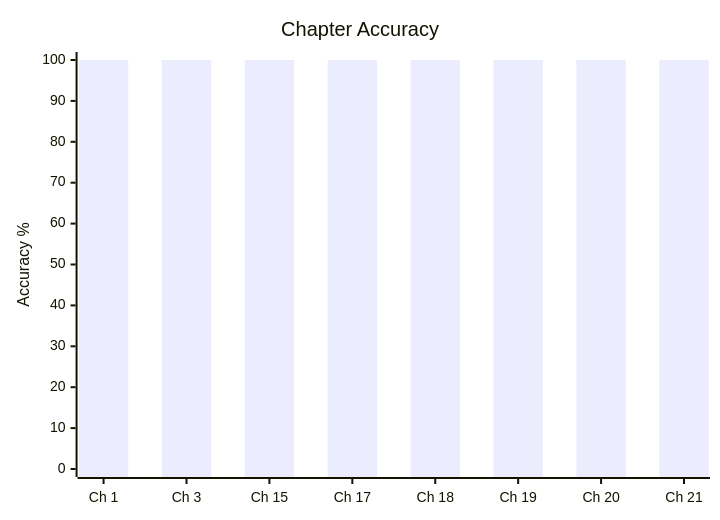
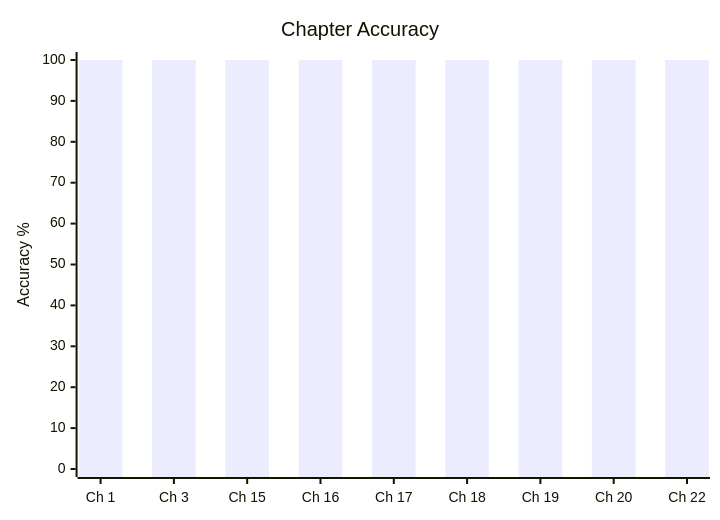
The first of 2 diagrams in content/cds/math/math_overview.md (skc-coder/SAGE), drawn with Mermaid before and after one commit. The commit also changed other lines of this file, not shown here.

````diff
--- a/content/cds/math/math_overview.md
+++ b/content/cds/math/math_overview.md
@@ -27,7 +30,7 @@
 ```mermaid
 xychart-beta
     title "Chapter Accuracy"
-    x-axis ["Ch 1", "Ch 3", "Ch 15", "Ch 17", "Ch 18", "Ch 19", "Ch 20", "Ch 21"]
+    x-axis ["Ch 1", "Ch 3", "Ch 15", "Ch 16", "Ch 17", "Ch 18", "Ch 19", "Ch 20", "Ch 22"]
     y-axis "Accuracy %" 0 --> 100
-    bar [100, 100, 100, 100, 100, 100, 100, 100]
+    bar [100, 100, 100, 100, 100, 100, 100, 100, 100]
 ```
````
